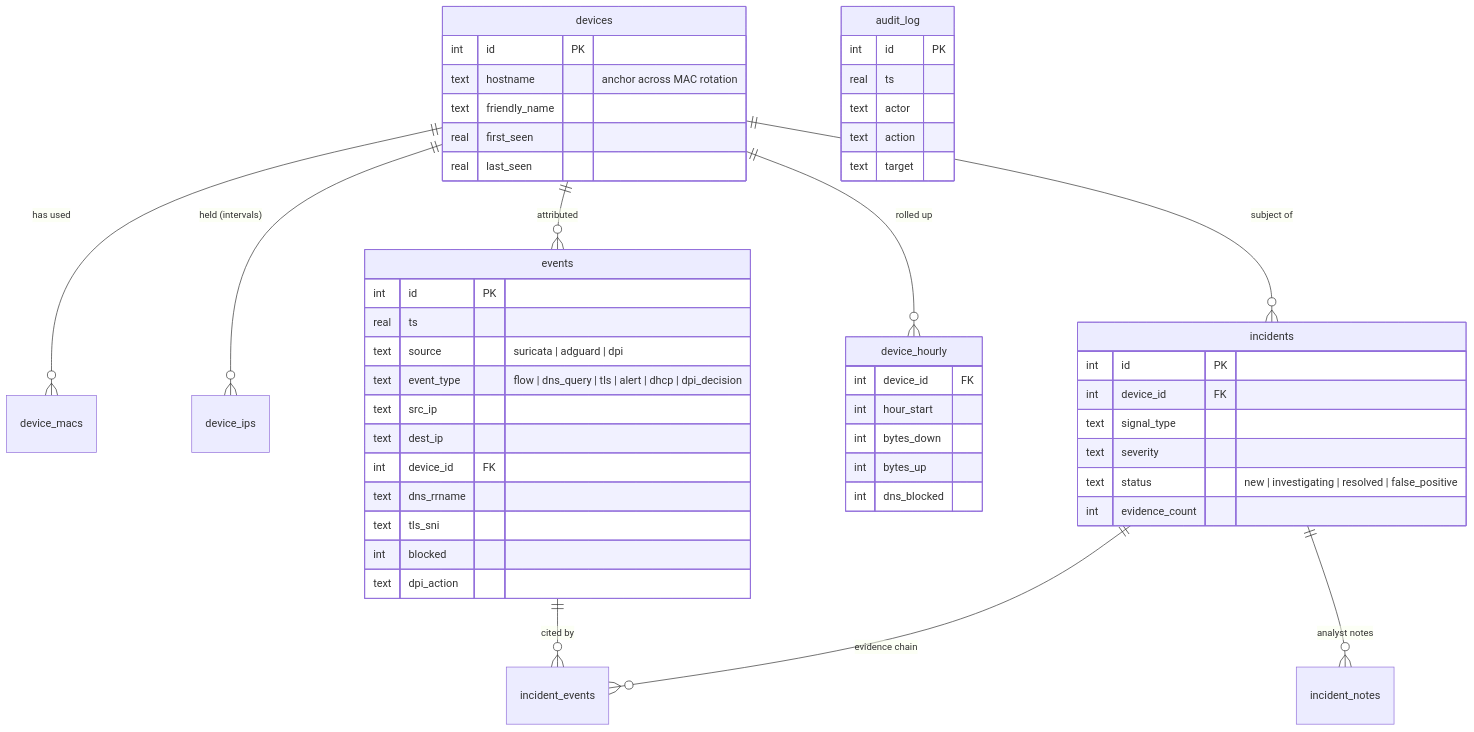
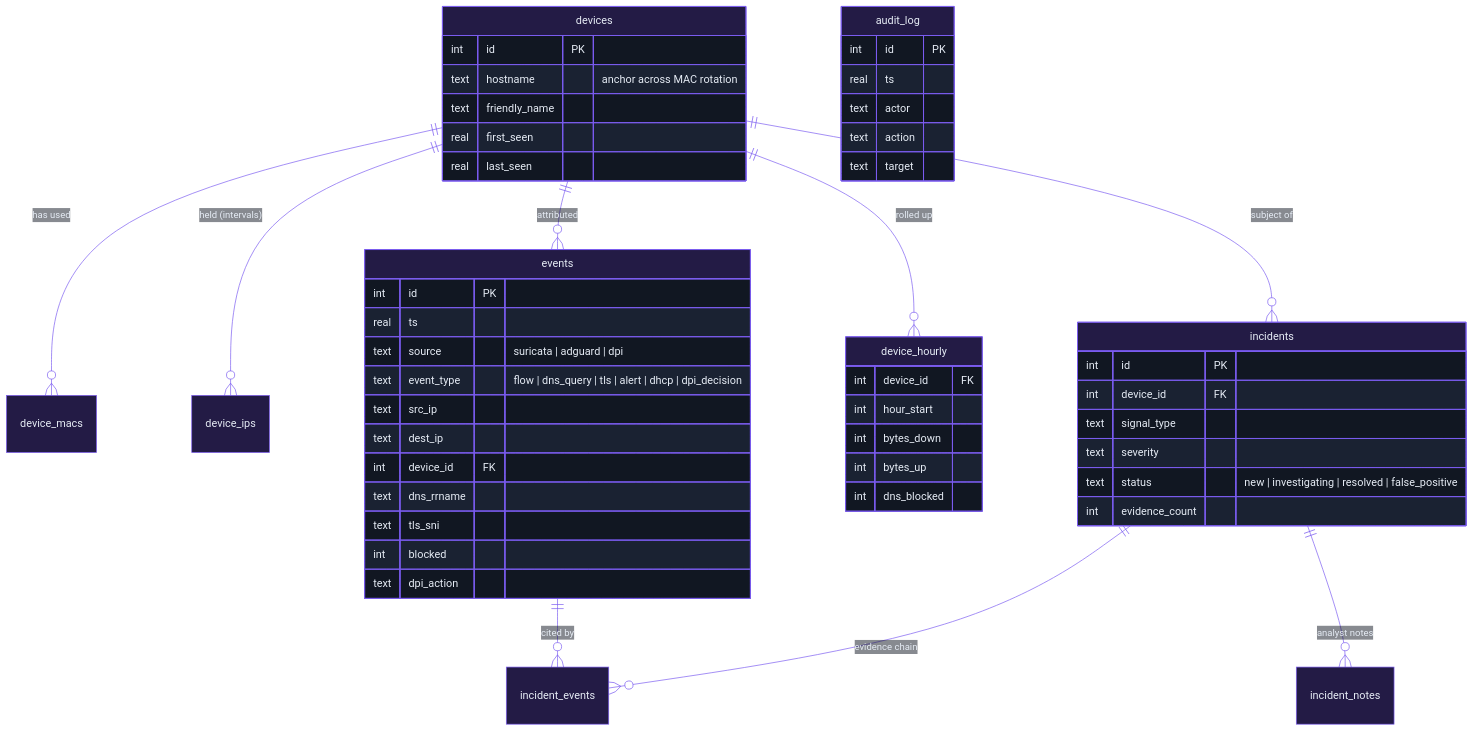
One commit to MaheshwariKushagra/securepi-gateway changed the seventh of 7 diagrams in README.md. Above: the diagram before and after it, drawn with Mermaid. The commit also changed other lines of this file, not shown here.

First line of the commit message:
Colour the README's Mermaid diagrams with the console palette

````diff
--- a/README.md
+++ b/README.md
@@ -387,54 +466,55 @@
 ```mermaid
+%%{init: {'theme':'base','themeVariables':{'primaryColor':'#231b45','primaryTextColor':'#e6ecf5','primaryBorderColor':'#7b5cf0','secondaryColor':'#161d2b','tertiaryColor':'#111722','lineColor':'#7b5cf0','attributeBackgroundColorOdd':'#111722','attributeBackgroundColorEven':'#161d2b','rowOdd':'#111722','rowEven':'#1a2232','relationLabelBackground':'#1d2534','relationLabelColor':'#e6ecf5','nodeBorder':'#7b5cf0','mainBkg':'#231b45','edgeLabelBackground':'#1d2534','labelBackgroundColor':'#1d2534','textColor':'#aab6c8'}}}%%
 erDiagram
     devices ||--o{ device_macs : "has used"
     devices ||--o{ device_ips : "held (intervals)"
     devices ||--o{ events : "attributed"
     devices ||--o{ device_hourly : "rolled up"
     devices ||--o{ incidents : "subject of"
     incidents ||--o{ incident_events : "evidence chain"
     events ||--o{ incident_events : "cited by"
     incidents ||--o{ incident_notes : "analyst notes"
 
     devices {
         int id PK
         text hostname "anchor across MAC rotation"
         text friendly_name
         real first_seen
         real last_seen
     }
     events {
         int id PK
         real ts
         text source "suricata | adguard | dpi"
         text event_type "flow | dns_query | tls | alert | dhcp | dpi_decision"
         text src_ip
         text dest_ip
         int device_id FK
         text dns_rrname
         text tls_sni
         int blocked
         text dpi_action
     }
     incidents {
         int id PK
         int device_id FK
         text signal_type
         text severity
         text status "new | investigating | resolved | false_positive"
         int evidence_count
     }
     device_hourly {
         int device_id FK
         int hour_start
         int bytes_down
         int bytes_up
         int dns_blocked
     }
     audit_log {
         int id PK
         real ts
         text actor
         text action
         text target
     }
 ```
````
